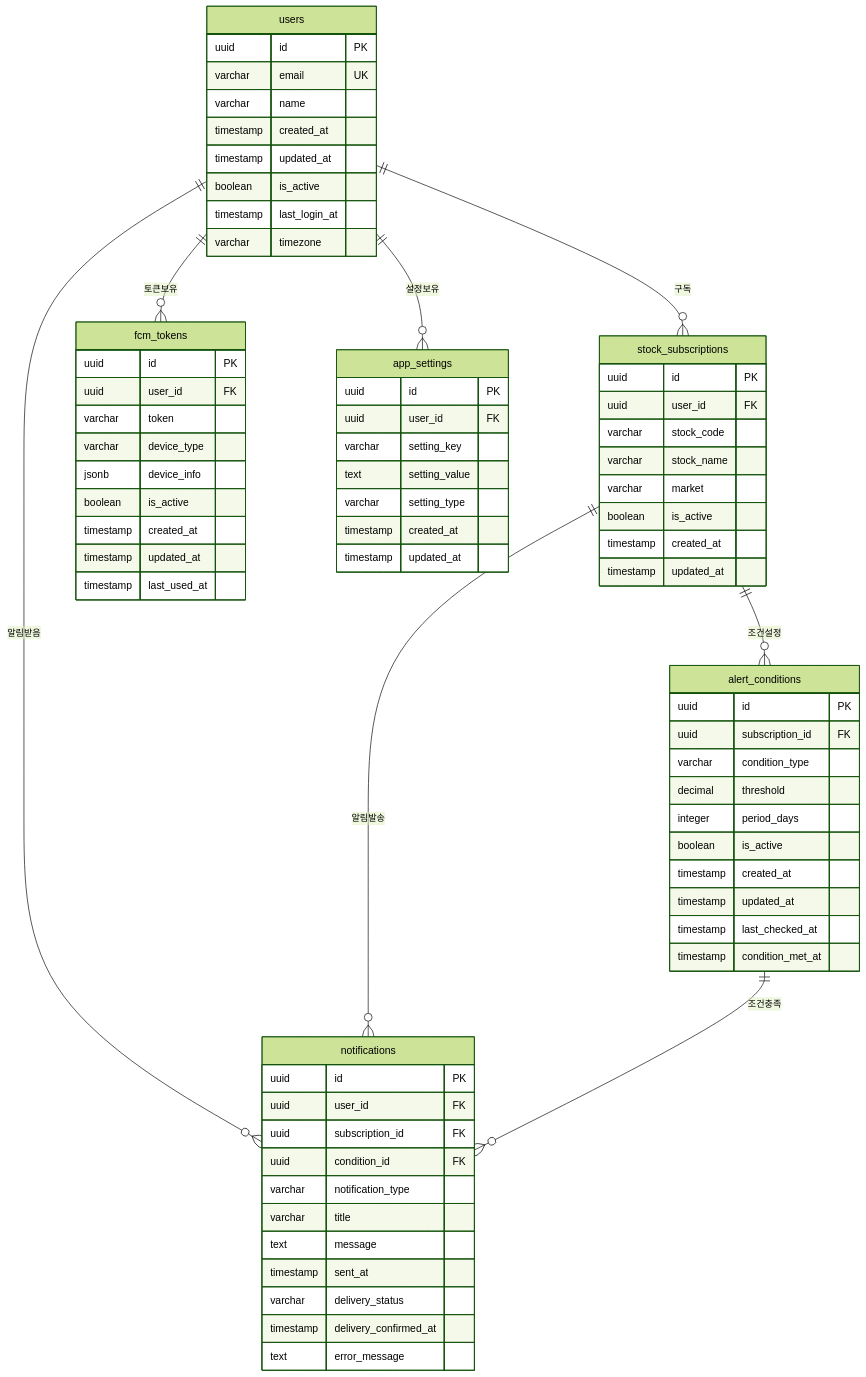
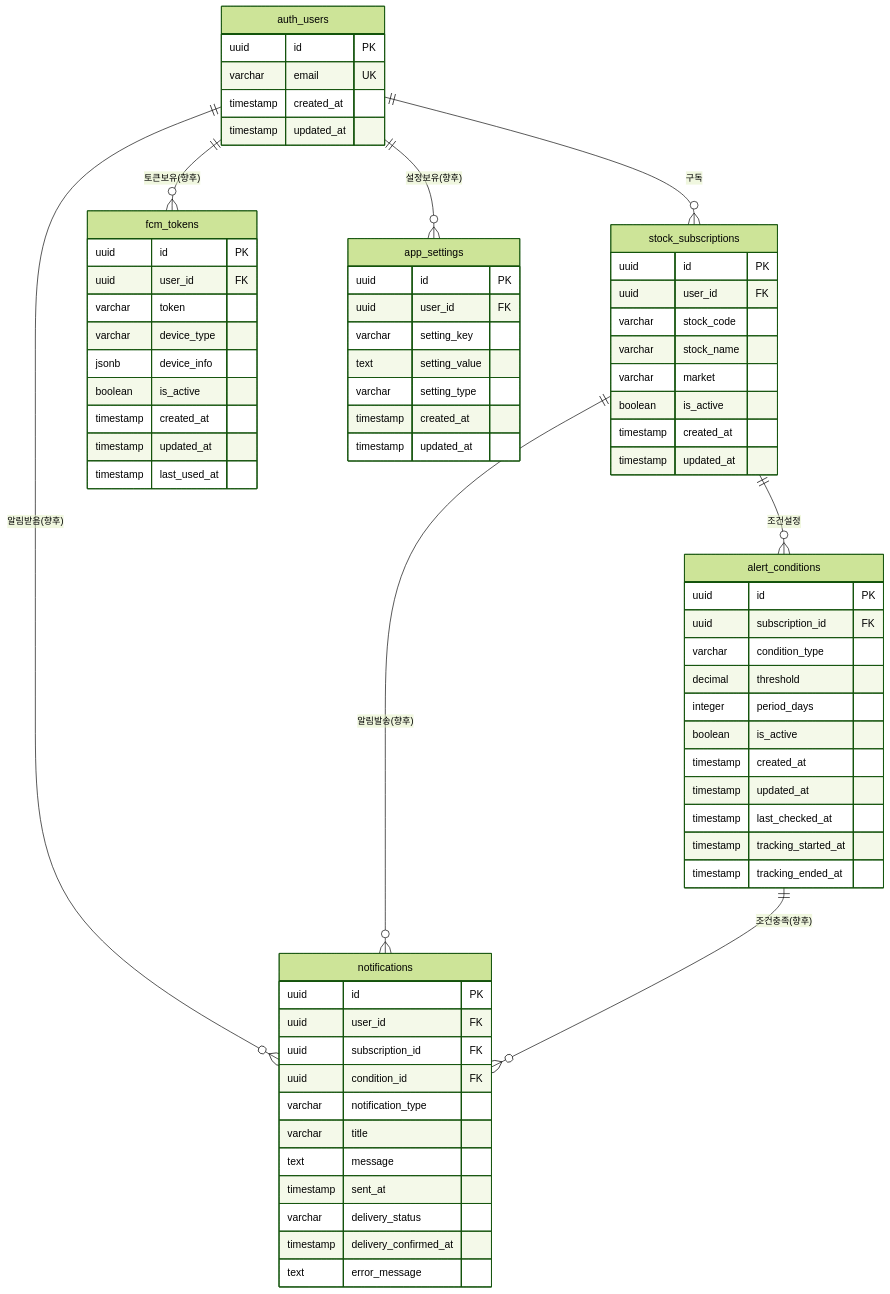
One commit to wnltns/stock-alert changed the second of 9 diagrams in docs/database-diagrams.md. Above: the diagram before and after it, drawn with Mermaid (forest theme). The commit also changed other lines of this file and 21 other files, not shown here.

````diff
--- a/docs/database-diagrams.md
+++ b/docs/database-diagrams.md
@@ -40,25 +44,20 @@
 ```mermaid
 erDiagram
-    users ||--o{ stock_subscriptions : "구독"
-    users ||--o{ notifications : "알림받음"
-    users ||--o{ fcm_tokens : "토큰보유"
-    users ||--o{ app_settings : "설정보유"
+    auth_users ||--o{ stock_subscriptions : "구독"
+    auth_users ||--o{ notifications : "알림받음(향후)"
+    auth_users ||--o{ fcm_tokens : "토큰보유(향후)"
+    auth_users ||--o{ app_settings : "설정보유(향후)"
     
     stock_subscriptions ||--o{ alert_conditions : "조건설정"
-    stock_subscriptions ||--o{ notifications : "알림발송"
+    stock_subscriptions ||--o{ notifications : "알림발송(향후)"
     
-    alert_conditions ||--o{ notifications : "조건충족"
+    alert_conditions ||--o{ notifications : "조건충족(향후)"
     
-    
-    users {
+    auth_users {
         uuid id PK
         varchar email UK
-        varchar name
         timestamp created_at
         timestamp updated_at
-        boolean is_active
-        timestamp last_login_at
-        varchar timezone
     }
     
     stock_subscriptions {
@@ -82,9 +81,9 @@
         timestamp created_at
         timestamp updated_at
         timestamp last_checked_at
-        timestamp condition_met_at
+        timestamp tracking_started_at
+        timestamp tracking_ended_at
     }
-    
     
     notifications {
         uuid id PK
````
